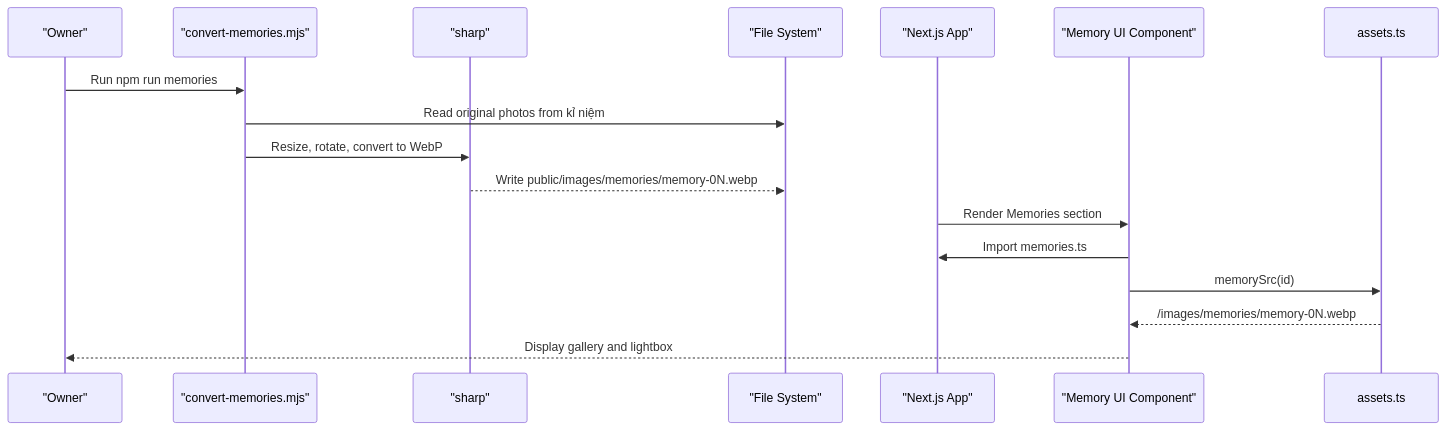
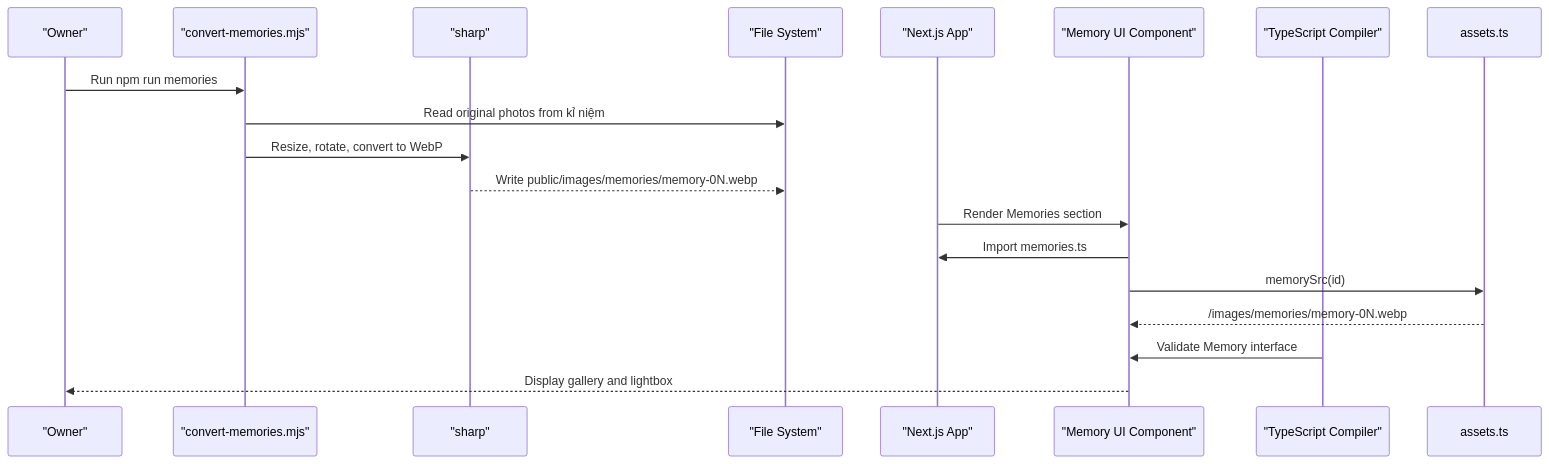
Before and after one commit to quangkiet1/anh-xin-loi: the second of 10 diagrams in .qoder/repowiki/en/content/Implementation Guide/Data Management.md, drawn with Mermaid. The commit also changed other lines of this file and 13 other files, not shown here.

````diff
--- a/.qoder/repowiki/en/content/Implementation Guide/Data Management.md
+++ b/.qoder/repowiki/en/content/Implementation Guide/Data Management.md
@@ -104,18 +122,20 @@
 ```mermaid
 sequenceDiagram
 participant Owner as "Owner"
 participant Script as "convert-memories.mjs"
 participant Sharp as "sharp"
 participant FS as "File System"
 participant App as "Next.js App"
 participant Component as "Memory UI Component"
+participant Types as "TypeScript Compiler"
 Owner->>Script : Run npm run memories
 Script->>FS : Read original photos from kỉ niệm
 Script->>Sharp : Resize, rotate, convert to WebP
 Sharp-->>FS : Write public/images/memories/memory-0N.webp
 App->>Component : Render Memories section
 Component->>App : Import memories.ts
 Component->>assets.ts : memorySrc(id)
 assets.ts-->>Component : /images/memories/memory-0N.webp
+Types->>Component : Validate Memory interface
 Component-->>Owner : Display gallery and lightbox
 ```
````
